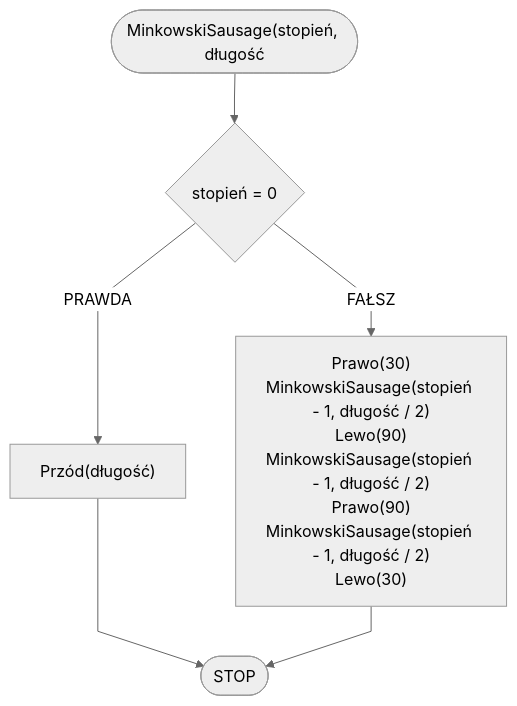
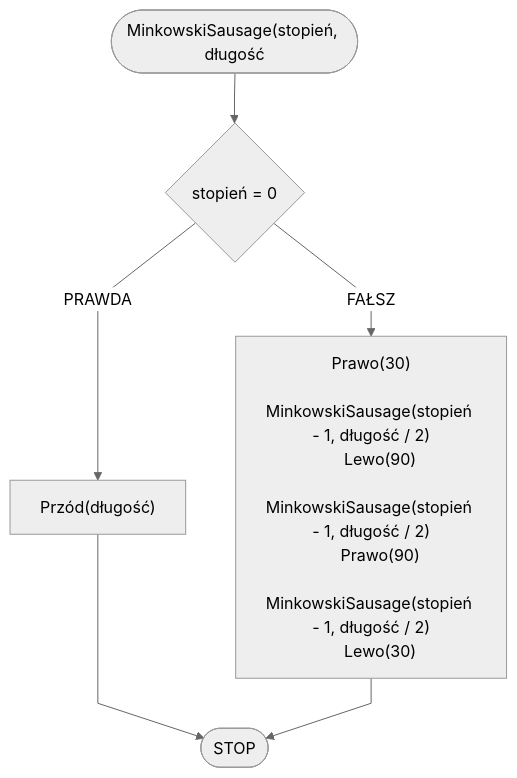
The diagram in docs/algorithms/fractals/minkowski-sausage.md (blackbat13/edu-cs-htiew-pl), drawn with Mermaid before and after one commit. The commit also changed 32 other files, not shown here.

````diff
--- a/docs/algorithms/fractals/minkowski-sausage.md
+++ b/docs/algorithms/fractals/minkowski-sausage.md
@@ -32,9 +32,15 @@
 ```mermaid
 %%{init: {"flowchart": {"curve": "linear"}, "theme": "neutral"} }%%
 flowchart TD
     START(["MinkowskiSausage(stopień, długość"]) --> K1{stopień = 0}
     K1 -- PRAWDA --> K2["Przód(długość)"]
     K2 --> STOP([STOP])
-    K1 -- FAŁSZ --> K4["Prawo(30)\nMinkowskiSausage(stopień - 1, długość / 2)\nLewo(90)\nMinkowskiSausage(stopień - 1, długość / 2)\nPrawo(90)\nMinkowskiSausage(stopień - 1, długość / 2)\nLewo(30)"]
+    K1 -- FAŁSZ --> K4["Prawo(30)
+    MinkowskiSausage(stopień - 1, długość / 2)
+    Lewo(90)
+    MinkowskiSausage(stopień - 1, długość / 2)
+    Prawo(90)
+    MinkowskiSausage(stopień - 1, długość / 2)
+    Lewo(30)"]
     K4 --> STOP
 ```
````
